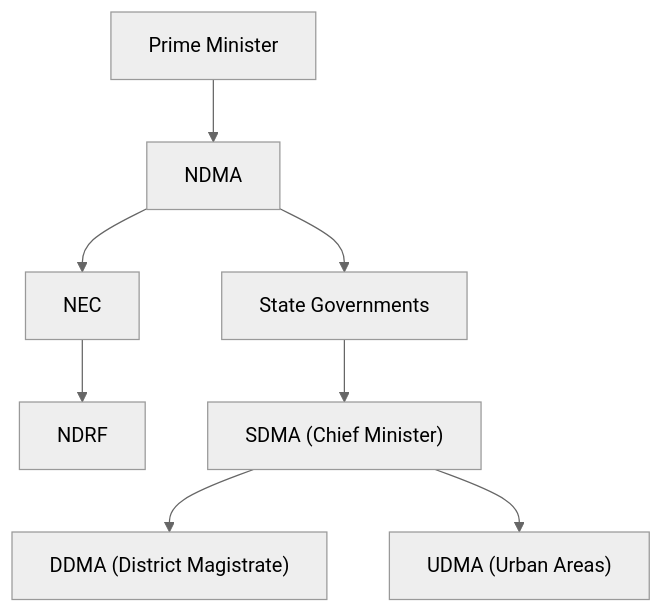
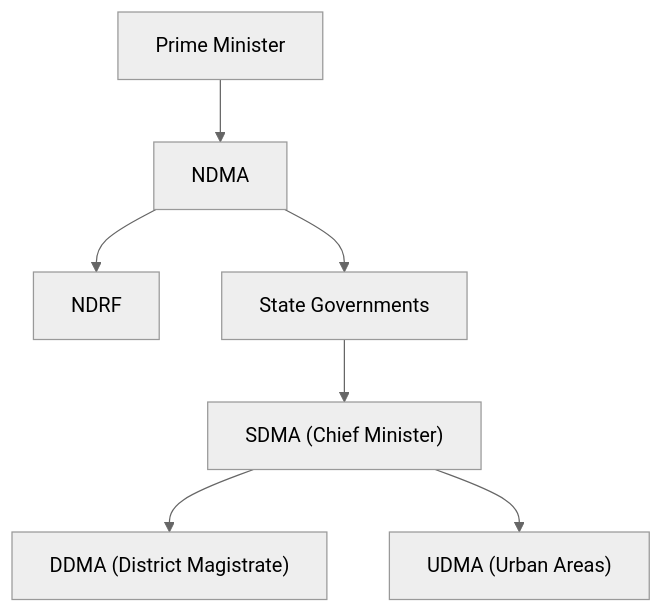
One commit to qarq90/ominous-obsidian changed the diagram in SEM 7/DMMM/DMMM IA 2 AB.md. Above: the diagram before and after it, drawn with Mermaid (neutral theme). The commit also changed other lines of this file and 28 other files, not shown here.

````diff
--- a/SEM 7/DMMM/DMMM IA 2 AB.md
+++ b/SEM 7/DMMM/DMMM IA 2 AB.md
@@ -41,10 +53,9 @@
 ```mermaid
 graph TD
     A["Prime Minister"] --> B["NDMA"]
-    B --> C["NEC"]
-    C --> D["NDRF"]
+    B --> D["NDRF"]
     B --> E["State Governments"]
     E --> F["SDMA (Chief Minister)"]
     F --> G["DDMA (District Magistrate)"]
     F --> H["UDMA (Urban Areas)"]
 ```
````
